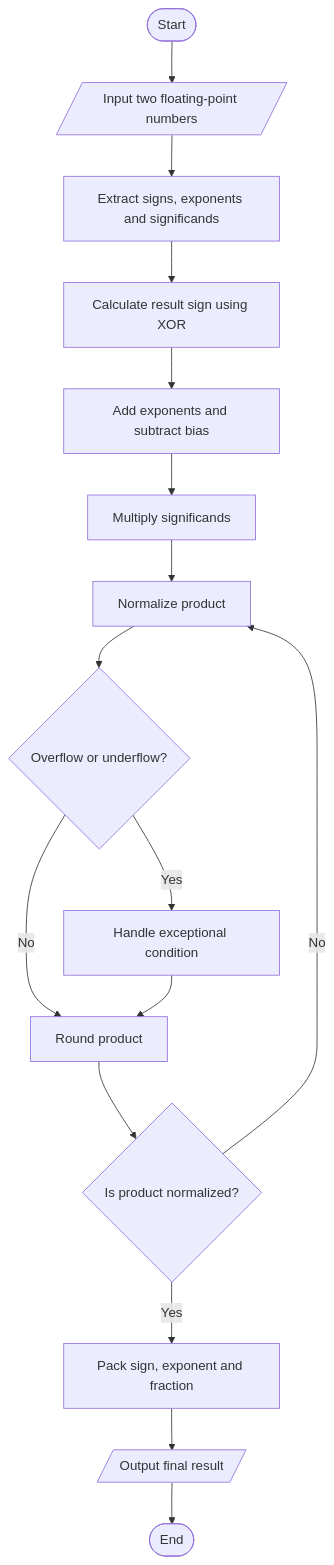
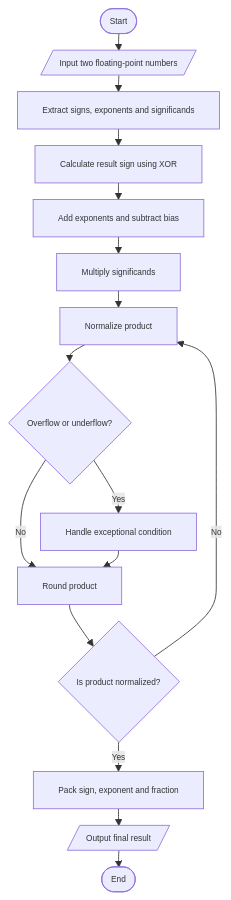
The fourth of 4 diagrams in Day-02-Application-Binary-Interface/README.md (ananyarf/RISC-V-MYTH), drawn with Mermaid before and after one commit. The commit also changed other lines of this file, not shown here.

Commit message:
Update flowchart

````diff
--- a/Day-02-Application-Binary-Interface/README.md
+++ b/Day-02-Application-Binary-Interface/README.md
@@ -1329,18 +1331,19 @@
 ```mermaid
+%%{init: {'flowchart': {'nodeSpacing': 15, 'rankSpacing': 20}, 'themeVariables': {'fontSize': '10px'}}}%%
 flowchart TD
     A([Start]) --> B[/Input two floating-point numbers/]
     B --> C[Extract signs, exponents and significands]
     C --> D[Calculate result sign using XOR]
     D --> E[Add exponents and subtract bias]
     E --> F[Multiply significands]
     F --> G[Normalize product]
     G --> H{Overflow or underflow?}
     H -- Yes --> I[Handle exceptional condition]
     H -- No --> J[Round product]
     I --> J
     J --> K{Is product normalized?}
     K -- No --> G
     K -- Yes --> L[Pack sign, exponent and fraction]
     L --> M[/Output final result/]
     M --> N([End])
 ```
````
